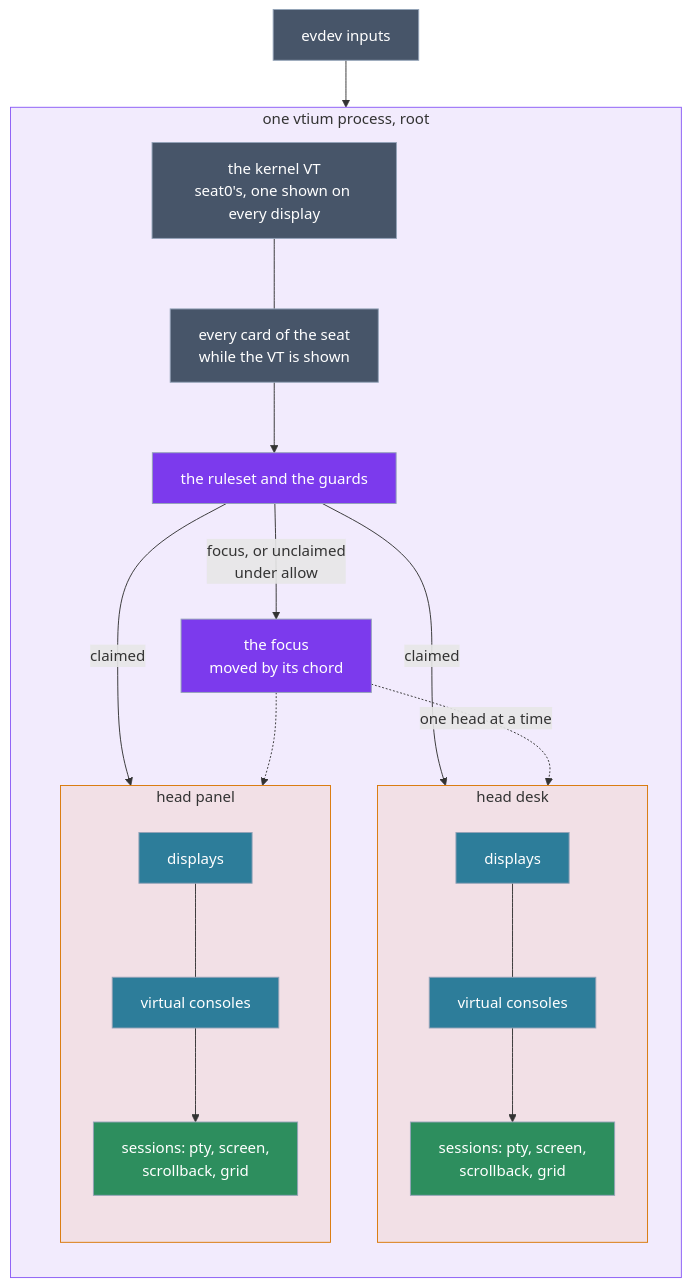
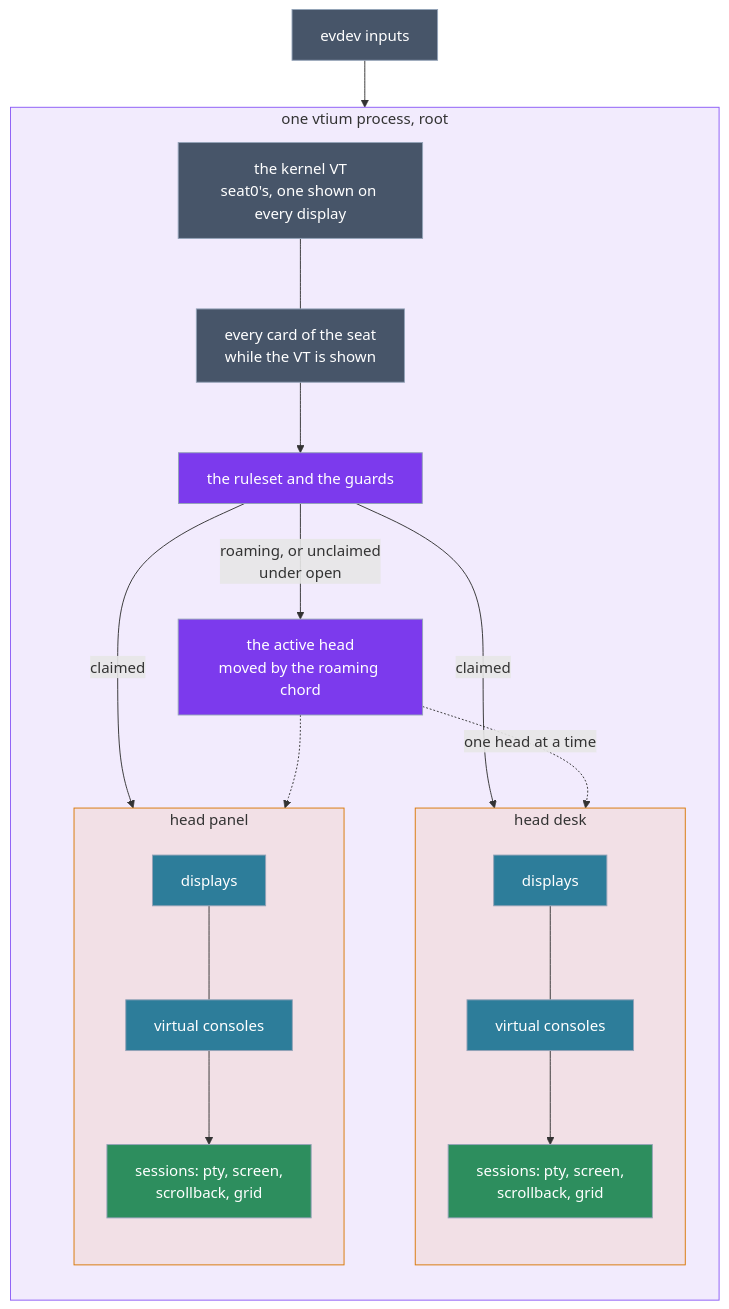
Before and after one commit to vtium/vtium: the first of 5 diagrams in docs/architecture/platform/ADR-1401-heads-a-terminal-per-physical-display-placed-by-a-first-match-ruleset.md, drawn with Mermaid. The commit also changed other lines of this file and 9 other files, not shown here.

````diff
--- a/docs/architecture/platform/ADR-1401-heads-a-terminal-per-physical-display-placed-by-a-first-match-ruleset.md
+++ b/docs/architecture/platform/ADR-1401-heads-a-terminal-per-physical-display-placed-by-a-first-match-ruleset.md
@@ -213,39 +217,39 @@
 ```mermaid
 flowchart TB
     subgraph PROC["one vtium process, root"]
         direction TB
         VT["the kernel VT<br>seat0's, one shown on every display"]
         CARDS["every card of the seat<br>while the VT is shown"]
         RULES["the ruleset and the guards"]
         subgraph H1["head desk"]
             direction TB
             D1["displays"] --- C1["virtual consoles"]
             C1 --> S1["sessions: pty, screen,<br>scrollback, grid"]
         end
         subgraph H2["head panel"]
             direction TB
             D2["displays"] --- C2["virtual consoles"]
             C2 --> S2["sessions: pty, screen,<br>scrollback, grid"]
         end
-        FOCUS["the focus<br>moved by its chord"]
+        FOCUS["the active head<br>moved by the roaming chord"]
     end
     INPUTS["evdev inputs"] --> RULES
     CARDS --> RULES
     VT --- CARDS
     RULES -->|"claimed"| H1
     RULES -->|"claimed"| H2
-    RULES -->|"focus, or unclaimed<br>under allow"| FOCUS
+    RULES -->|"roaming, or unclaimed<br>under open"| FOCUS
     FOCUS -.->|"one head at a time"| H1
     FOCUS -.-> H2
     classDef core fill:#7c3aed,color:#ffffff,stroke:#94a3b8
     classDef step fill:#2d7d9a,color:#ffffff,stroke:#94a3b8
     classDef dev fill:#475569,color:#ffffff,stroke:#94a3b8
     classDef sess fill:#2d8e5e,color:#ffffff,stroke:#94a3b8
     class VT,CARDS,INPUTS dev
     class RULES,FOCUS core
     class D1,C1,D2,C2 step
     class S1,S2 sess
     style PROC fill:#7c3aed1a,stroke:#8b5cf6
     style H1 fill:#f6821f1a,stroke:#d97706
     style H2 fill:#f6821f1a,stroke:#d97706
 ```
````
